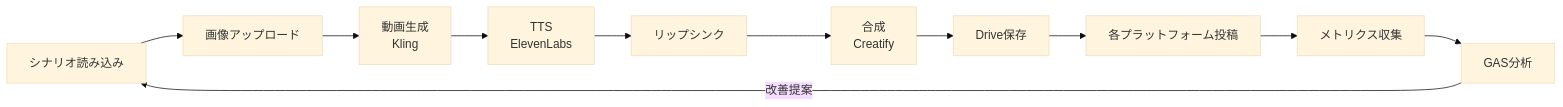
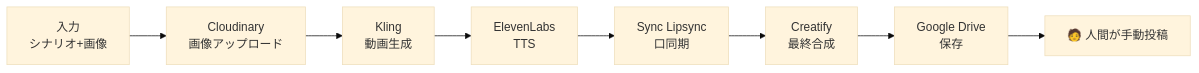
One commit to Ceed-dev/ai-influencer changed the diagram in STRATEGY.md. Above: the diagram before and after it, drawn with Mermaid (base theme). The commit also changed other lines of this file and 2 other files, not shown here.

````diff
--- a/STRATEGY.md
+++ b/STRATEGY.md
@@ -223,13 +265,10 @@
 ```mermaid
 graph LR
-    A[シナリオ読み込み] --> B[画像アップロード]
-    B --> C[動画生成<br/>Kling]
-    C --> D[TTS<br/>ElevenLabs]
-    D --> E[リップシンク]
-    E --> F[合成<br/>Creatify]
-    F --> G[Drive保存]
-    G --> H[各プラットフォーム投稿]
-    H --> I[メトリクス収集]
-    I --> J[GAS分析]
-    J -->|改善提案| A
+    A[入力<br/>シナリオ+画像] --> B[Cloudinary<br/>画像アップロード]
+    B --> C[Kling<br/>動画生成]
+    C --> D[ElevenLabs<br/>TTS]
+    D --> E[Sync Lipsync<br/>口同期]
+    E --> F[Creatify<br/>最終合成]
+    F --> G[Google Drive<br/>保存]
+    G --> H[🧑 人間が手動投稿]
 ```
````
